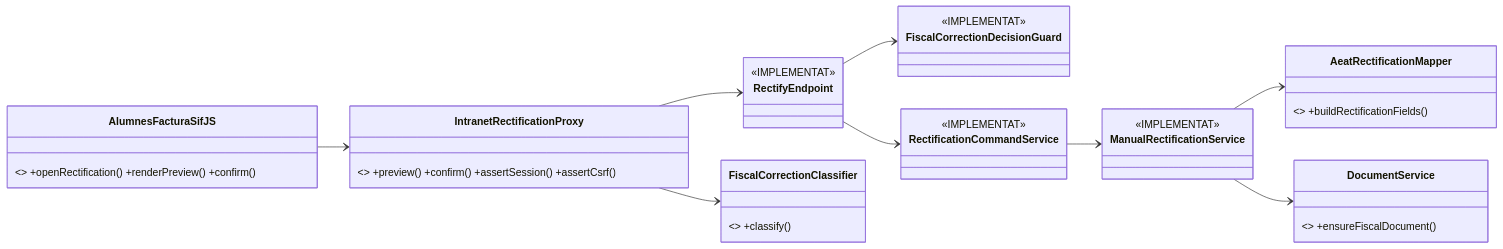
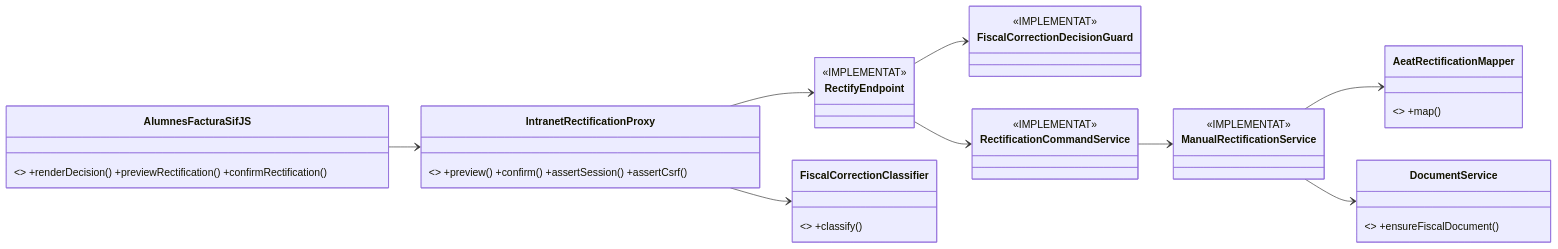
The third of 3 diagrams in documentacio/07-uml-integrat/uc-005-classes-actual-final.md (orgmeriemprismacat-del/verifactu), drawn with Mermaid before and after one commit. The commit also changed other lines of this file, not shown here.

Commit message:
docs(UC-005): reconcilia UI consumidora i decisio UC-74

````diff
--- a/documentacio/07-uml-integrat/uc-005-classes-actual-final.md
+++ b/documentacio/07-uml-integrat/uc-005-classes-actual-final.md
@@ -87,22 +87,22 @@
 ```mermaid
 classDiagram
 direction LR
-class IntranetRectificationProxy { <<PENDENT>> +preview() +confirm() +assertSession() +assertCsrf() }
-class AlumnesFacturaSifJS { <<AMPLIAR>> +openRectification() +renderPreview() +confirm() }
+class IntranetRectificationProxy { <<IMPLEMENTAT>> +preview() +confirm() +assertSession() +assertCsrf() }
+class AlumnesFacturaSifJS { <<IMPLEMENTAT>> +renderDecision() +previewRectification() +confirmRectification() }
 class RectifyEndpoint { <<IMPLEMENTAT>> }
 class FiscalCorrectionClassifier { <<PENDENT/UC-74>> +classify() }
 class FiscalCorrectionDecisionGuard { <<IMPLEMENTAT>> }
 class RectificationCommandService { <<IMPLEMENTAT>> }
 class ManualRectificationService { <<IMPLEMENTAT>> }
-class AeatRectificationMapper { <<PENDENT>> +buildRectificationFields() }
+class AeatRectificationMapper { <<PARCIAL/FAIL-CLOSED>> +map() }
 class DocumentService { <<TRANSVERSAL/PENDENT E2E>> +ensureFiscalDocument() }
 
 AlumnesFacturaSifJS --> IntranetRectificationProxy
 IntranetRectificationProxy --> FiscalCorrectionClassifier
 IntranetRectificationProxy --> RectifyEndpoint
 RectifyEndpoint --> FiscalCorrectionDecisionGuard
 RectifyEndpoint --> RectificationCommandService
 RectificationCommandService --> ManualRectificationService
 ManualRectificationService --> AeatRectificationMapper
 ManualRectificationService --> DocumentService
 ```
````
